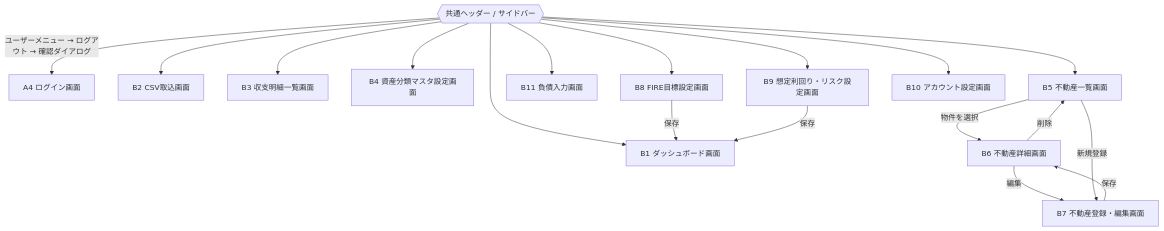
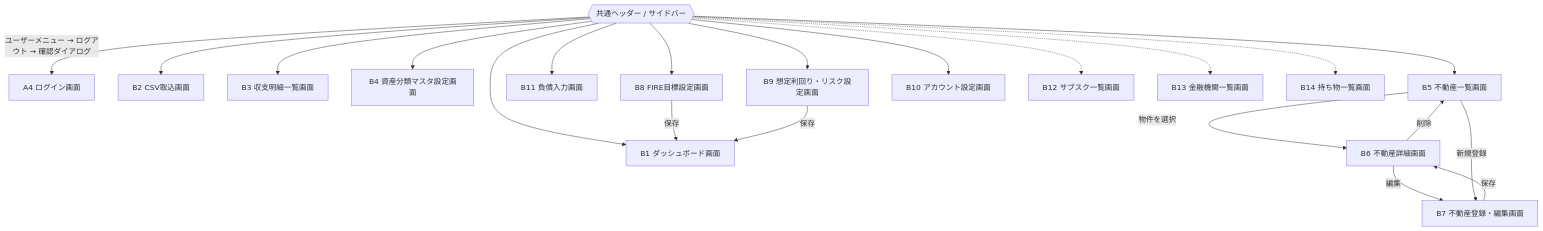
The third of 3 diagrams in docs/screen-list-and-transitions.md (KunitoObara/FIRE_FIRE), drawn with Mermaid before and after one commit. The commit also changed other lines of this file and 20 other files, not shown here.

````diff
--- a/docs/screen-list-and-transitions.md
+++ b/docs/screen-list-and-transitions.md
@@ -166,23 +203,26 @@
 ```mermaid
 flowchart TD
     Nav{{共通ヘッダー / サイドバー}}
     Nav -->|ユーザーメニュー → ログアウト → 確認ダイアログ| Login[A4 ログイン画面]
     Nav --> Dashboard[B1 ダッシュボード画面]
     Nav --> CsvImport[B2 CSV取込画面]
     Nav --> Transactions[B3 収支明細一覧画面]
     Nav --> CategoryMaster[B4 資産分類マスタ設定画面]
     Nav --> RealEstateList[B5 不動産一覧画面]
     Nav --> DebtInput[B11 負債入力画面]
     Nav --> FireGoal[B8 FIRE目標設定画面]
     Nav --> AssumptionSettings[B9 想定利回り・リスク設定画面]
     Nav --> AccountSettings[B10 アカウント設定画面]
+    Nav -.-> Subscriptions[B12 サブスク一覧画面]
+    Nav -.-> Institutions[B13 金融機関一覧画面]
+    Nav -.-> Belongings[B14 持ち物一覧画面]
 
     RealEstateList -->|物件を選択| RealEstateDetail[B6 不動産詳細画面]
     RealEstateDetail -->|編集| RealEstateEdit[B7 不動産登録・編集画面]
     RealEstateList -->|新規登録| RealEstateEdit
     RealEstateEdit -->|保存| RealEstateDetail
     RealEstateDetail -->|削除| RealEstateList
 
     FireGoal -->|保存| Dashboard
     AssumptionSettings -->|保存| Dashboard
 ```
````
